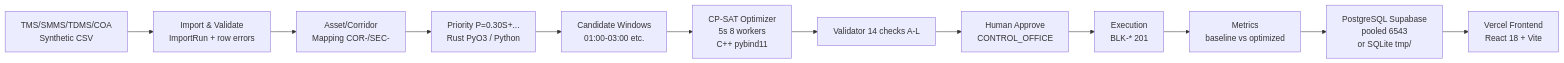
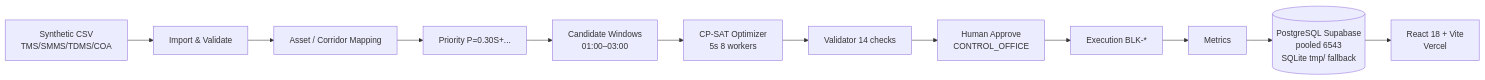
The diagram in README.md (Paranthaman-K6/RAILBLOCK_AI), drawn with Mermaid before and after one commit. The commit also changed other lines of this file and 13 other files, not shown here.

````diff
--- a/README.md
+++ b/README.md
@@ -77,14 +74,14 @@
 ```mermaid
 graph LR
-    A[TMS/SMMS/TDMS/COA<br/>Synthetic CSV] --> B[Import & Validate<br/>ImportRun + row errors]
-    B --> C[Asset/Corridor<br/>Mapping COR-/SEC-]
-    C --> D[Priority P=0.30S+...<br/>Rust PyO3 / Python]
-    D --> E[Candidate Windows<br/>01:00-03:00 etc.]
-    E --> F[CP-SAT Optimizer<br/>5s 8 workers<br/>C++ pybind11]
-    F --> G[Validator 14 checks A-L]
+    A[Synthetic CSV<br/>TMS/SMMS/TDMS/COA] --> B[Import & Validate]
+    B --> C[Asset / Corridor Mapping]
+    C --> D[Priority P=0.30S+...]
+    D --> E[Candidate Windows<br/>01:00–03:00]
+    E --> F[CP-SAT Optimizer<br/>5s 8 workers]
+    F --> G[Validator 14 checks]
     G --> H[Human Approve<br/>CONTROL_OFFICE]
-    H --> I[Execution<br/>BLK-* 201]
-    I --> J[Metrics<br/>baseline vs optimized]
-    J --> K[PostgreSQL Supabase<br/>pooled 6543<br/>or SQLite tmp/]
-    K --> L[Vercel Frontend<br/>React 18 + Vite]
+    H --> I[Execution BLK-*]
+    I --> J[Metrics]
+    J --> K[(PostgreSQL Supabase<br/>pooled 6543<br/>SQLite tmp/ fallback)]
+    K --> L[React 18 + Vite<br/>Vercel]
 ```
````
